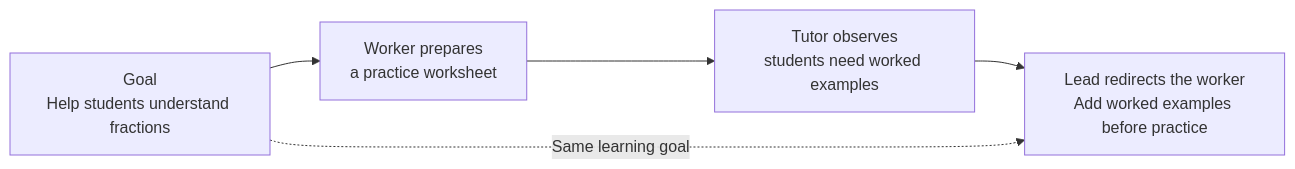
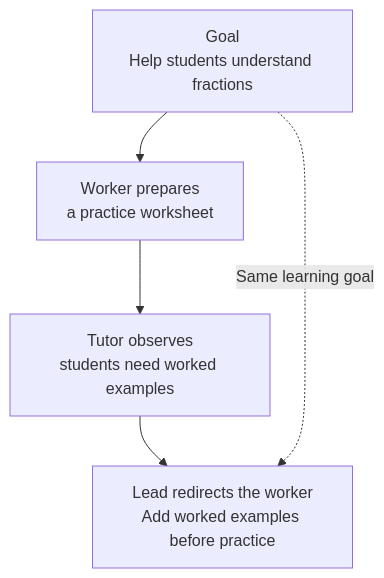
The second of 2 diagrams in README.md (BlueprintLabIO/restless-core), drawn with Mermaid before and after one commit.

Commit message:
Keep the tutoring diagram readable at README width

````diff
--- a/README.md
+++ b/README.md
@@ -129,12 +129,12 @@
 ```mermaid
-flowchart LR
+flowchart TB
     goal["Goal<br/>Help students understand fractions"]
     first["Worker prepares<br/>a practice worksheet"]
     feedback["Tutor observes<br/>students need worked examples"]
     revised["Lead redirects the worker<br/>Add worked examples before practice"]
 
     goal --> first
     first --> feedback
     feedback --> revised
     goal -.->|Same learning goal| revised
 ```
````
